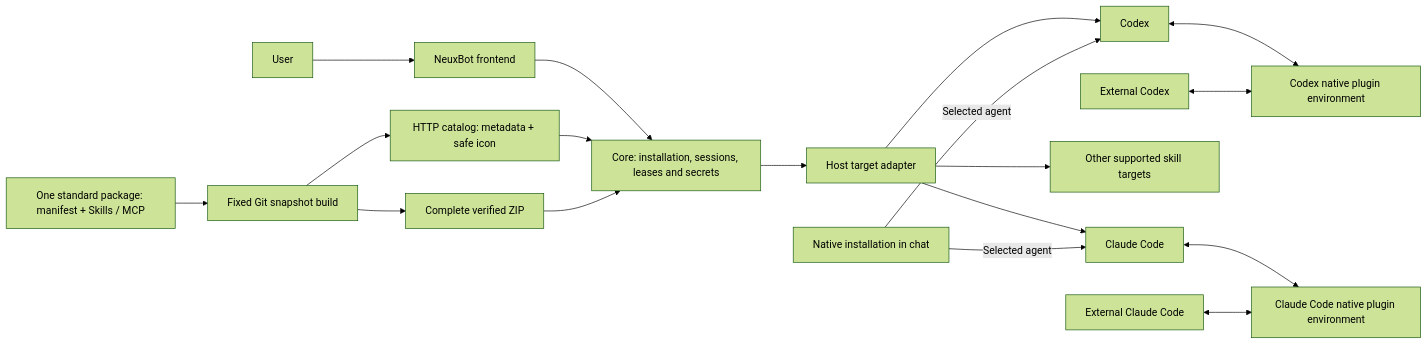
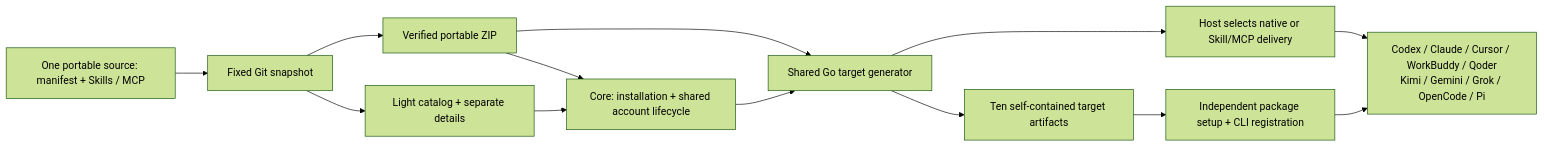
One commit to JieWaZi/neux-plugins changed the first of 2 diagrams in README.md. Above: the diagram before and after it, drawn with Mermaid (forest theme). The commit also changed other lines of this file and 4 other files, not shown here.

Commit message:
Document portable sources and shared ten-target delivery

````diff
--- a/README.md
+++ b/README.md
@@ -28,20 +28,15 @@
 ```mermaid
 flowchart LR
-  Package[One standard package: manifest + Skills / MCP] --> Build[Fixed Git snapshot build]
-  Build --> Catalog[HTTP catalog: metadata + safe icon]
-  Build --> ZIP[Complete verified ZIP]
-  User[User] --> UI[NeuxBot frontend]
-  UI --> Core[Core: installation, sessions, leases and secrets]
-  Catalog --> Core
-  ZIP --> Core
-  Core --> Adapter[Host target adapter]
-  Adapter --> Codex[Codex]
-  Adapter --> Claude[Claude Code]
-  Adapter --> Skills[Other supported skill targets]
-  Chat[Native installation in chat] -->|Selected agent| Codex
-  Chat -->|Selected agent| Claude
-  Codex <--> CodexHome[Codex native plugin environment]
-  ExternalCodex[External Codex] <--> CodexHome
-  Claude <--> ClaudeHome[Claude Code native plugin environment]
-  ExternalClaude[External Claude Code] <--> ClaudeHome
+  Source[One portable source: manifest + Skills / MCP] --> Snapshot[Fixed Git snapshot]
+  Snapshot --> Index[Light catalog + separate details]
+  Snapshot --> Archive[Verified portable ZIP]
+  Archive --> Core[Core: installation + shared account lifecycle]
+  Index --> Core
+  Archive --> Generator[Shared Go target generator]
+  Core --> Generator
+  Generator --> Targets[Ten self-contained target artifacts]
+  Generator --> View[Host selects native or Skill/MCP delivery]
+  Targets --> Setup[Independent package setup + CLI registration]
+  View --> CLIs[Codex / Claude / Cursor / WorkBuddy / Qoder<br/>Kimi / Gemini / Grok / OpenCode / Pi]
+  Setup --> CLIs
 ```
````
